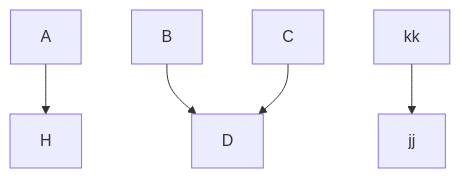
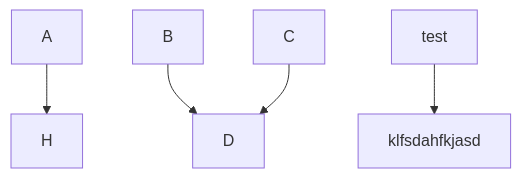
The diagram in Part0/0.4 - New note diagram/readme.md (TomppeliG6-8/fullstack), drawn with Mermaid before and after one commit.

````diff
--- a/Part0/0.4 - New note diagram/readme.md
+++ b/Part0/0.4 - New note diagram/readme.md
@@ -1,7 +1,7 @@
 ```mermaid
 graph TD;
     A-->H;
     B-->D;
     C-->D;
-    kk-->jj;
+    test-->klfsdahfkjasd;
 ```
````
